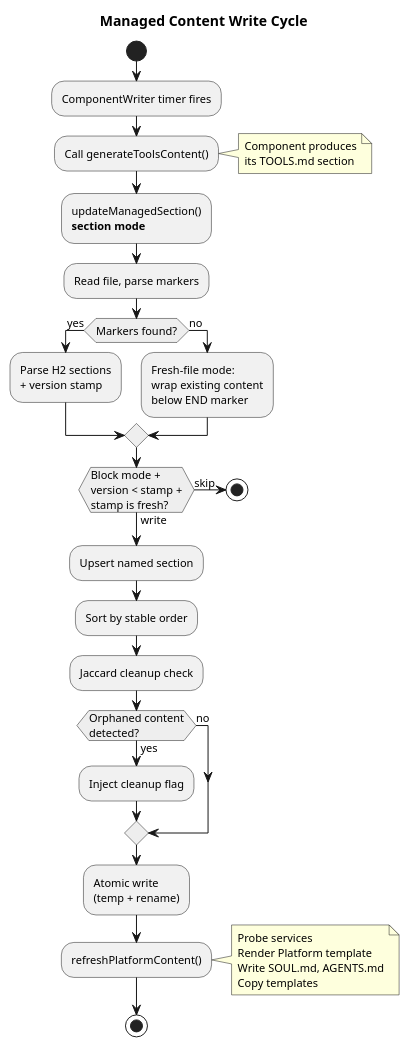
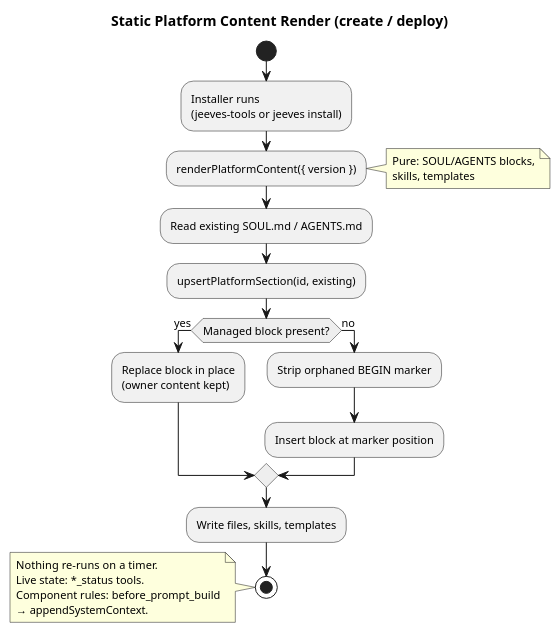
The diagram in diagrams/src/managed-content-lifecycle.pu (karmaniverous/jeeves), drawn with PlantUML before and after one commit. The commit also changed 106 other files, not shown here.

First line of the commit message:
[108] feat!: static-only platform content; retire installer CLI and ComponentWriter (#108)

```diff
--- a/diagrams/src/managed-content-lifecycle.pu
+++ b/diagrams/src/managed-content-lifecycle.pu
@@ -1,47 +1,38 @@
 @startuml managed-content-lifecycle
 skinparam shadowing false
 skinparam defaultFontSize 11
 skinparam backgroundColor white
 skinparam ActivityDiamondBackgroundColor #EEEEEE
 
-title Managed Content Write Cycle
+title Static Platform Content Render (create / deploy)
 
 start
 
-:ComponentWriter timer fires;
+:Installer runs\n(jeeves-tools or jeeves install);
 
-:Call generateToolsContent();
-note right: Component produces\nits TOOLS.md section
+:renderPlatformContent({ version });
+note right: Pure: SOUL/AGENTS blocks,\nskills, templates
 
-:updateManagedSection()\n**section mode**;
+:Read existing SOUL.md / AGENTS.md;
 
-:Read file, parse markers;
+:upsertPlatformSection(id, existing);
 
-if (Markers found?) then (yes)
-  :Parse H2 sections\n+ version stamp;
+if (Managed block present?) then (yes)
+  :Replace block in place\n(owner content kept);
 else (no)
-  :Fresh-file mode:\nwrap existing content\nbelow END marker;
+  :Strip orphaned BEGIN marker;
+  :Insert block at marker position;
 endif
 
-if (Block mode +\nversion < stamp +\nstamp is fresh?) then (skip)
-  stop
-else (write)
-endif
-
-:Upsert named section;
-:Sort by stable order;
-:Jaccard cleanup check;
-
-if (Orphaned content\ndetected?) then (yes)
-  :Inject cleanup flag;
-else (no)
-endif
-
-:Atomic write\n(temp + rename);
-
-:refreshPlatformContent();
-note right: Probe services\nRender Platform template\nWrite SOUL.md, AGENTS.md\nCopy templates
+:Write files, skills, templates;
 
 stop
 
+note
+  Nothing re-runs on a timer.
+  Live state: *_status tools.
+  Component rules: before_prompt_build
+  → appendSystemContext.
+end note
+
 @enduml
```
